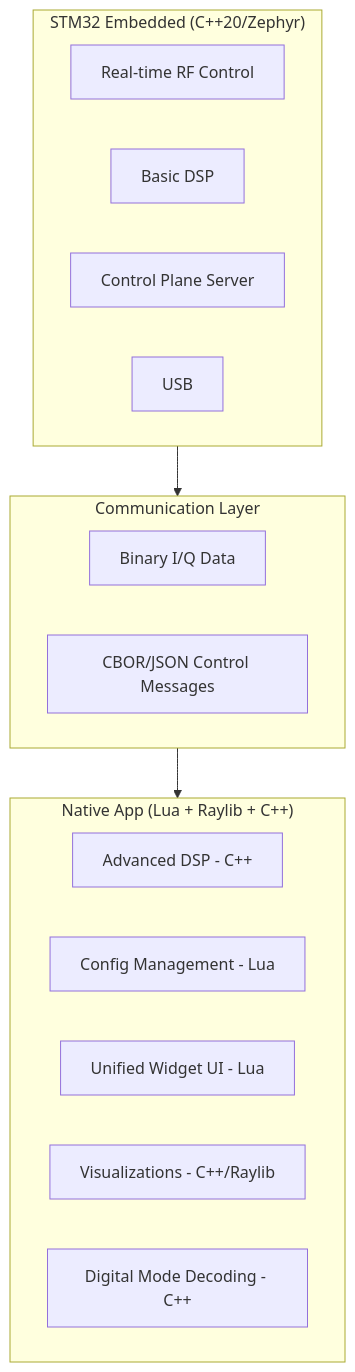
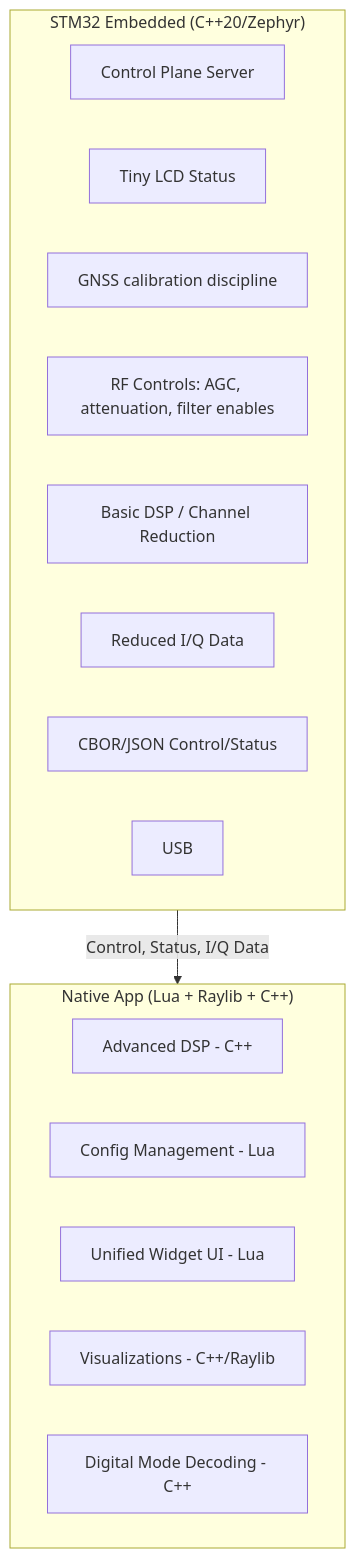
One commit to alanmimms/NexRx changed the second of 2 diagrams in doc/architecture.md. Above: the diagram before and after it, drawn with Mermaid.

Commit message:
More OCD on diagram

````diff
--- a/doc/architecture.md
+++ b/doc/architecture.md
@@ -108,25 +108,23 @@
 ```mermaid
 graph TB
+    subgraph Embedded ["STM32 Embedded (C++20/Zephyr)"]
+        J[Control Plane Server]
+		LCD[Tiny LCD Status]
+		CAL[GNSS calibration discipline]
+        H[RF Controls: AGC, attenuation, filter enables]
+        I[Basic DSP / Channel Reduction]
+		F[Reduced I/Q Data]
+		G[CBOR/JSON Control/Status]
+        K[USB]
+    end
+    
     subgraph App ["Native App (Lua + Raylib + C++)"]
         A[Advanced DSP - C++]
         B[Config Management - Lua]
         C[Unified Widget UI - Lua]
         D[Visualizations - C++/Raylib]
         E[Digital Mode Decoding - C++]
     end
     
-    subgraph Comms ["Communication Layer"]
-        F[Binary I/Q Data]
-        G[CBOR/JSON Control Messages]
-    end
-    
-    subgraph Embedded ["STM32 Embedded (C++20/Zephyr)"]
-        H[Real-time RF Control]
-        I[Basic DSP]
-        J[Control Plane Server]
-        K[USB]
-    end
-    
-    Embedded --> Comms
-    Comms --> App
+    Embedded --> |Control, Status, I/Q Data| App
 ```
````
